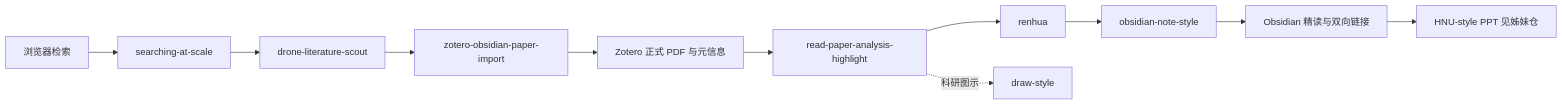
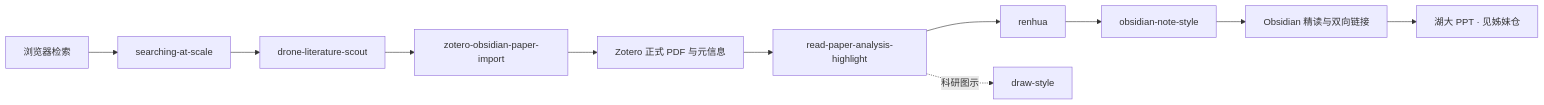
Before and after one commit to w5711112/Unified-Scholarflow-Skills: the diagram in README.md, drawn with Mermaid. The commit also changed other lines of this file and 19 other files, not shown here.

````diff
--- a/README.md
+++ b/README.md
@@ -178,13 +39,13 @@
 ```mermaid
 flowchart LR
 A[浏览器检索] --> B[searching-at-scale]
 B --> C[drone-literature-scout]
 C --> D[zotero-obsidian-paper-import]
 D --> E[Zotero 正式 PDF 与元信息]
 E --> F[read-paper-analysis-highlight]
 F --> G[renhua]
 G --> H[obsidian-note-style]
 H --> I[Obsidian 精读与双向链接]
-I --> J[HNU-style PPT 见姊妹仓]
+I --> J[湖大 PPT · 见姊妹仓]
 F -. 科研图示 .-> K[draw-style]
 ```
````
